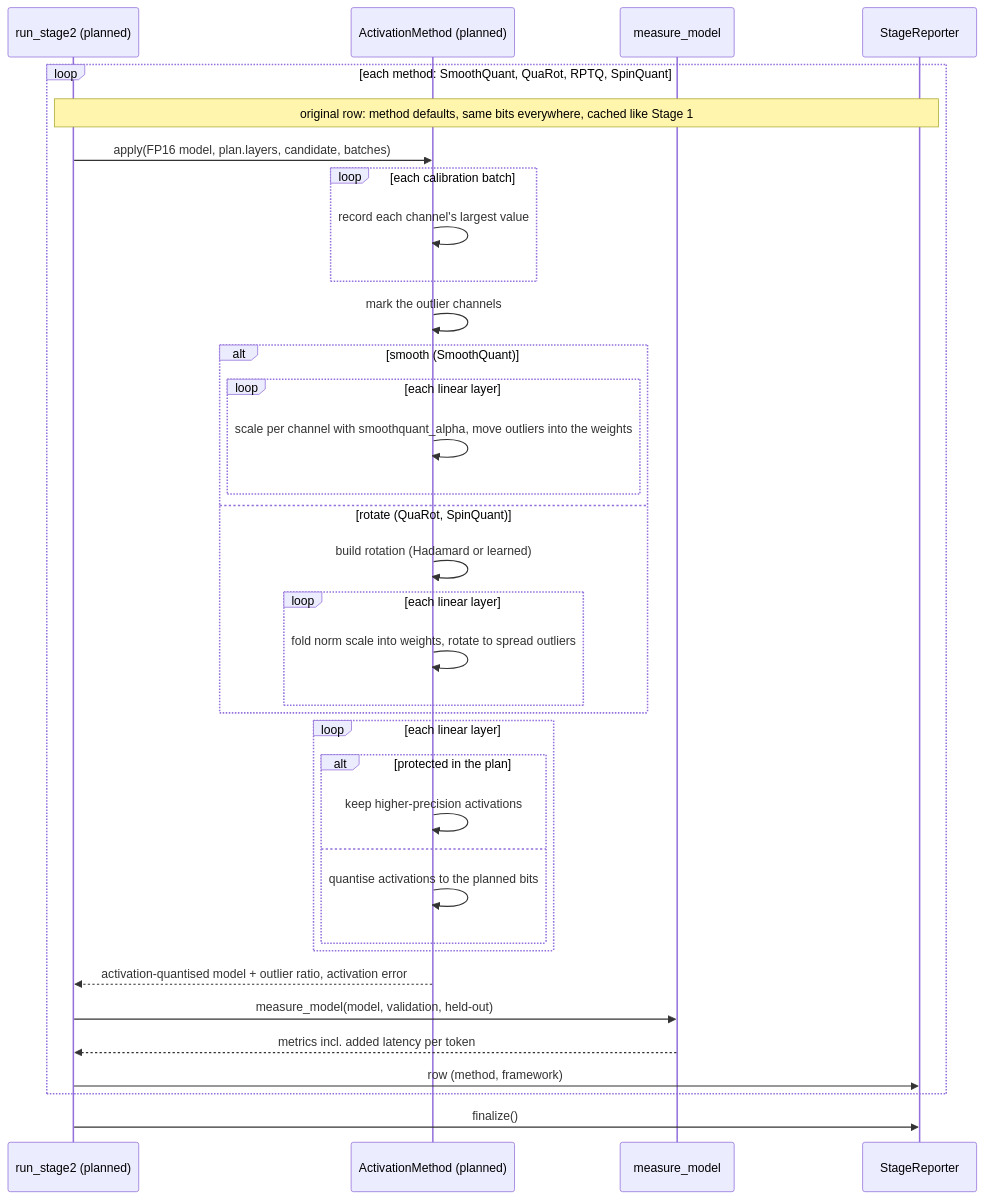
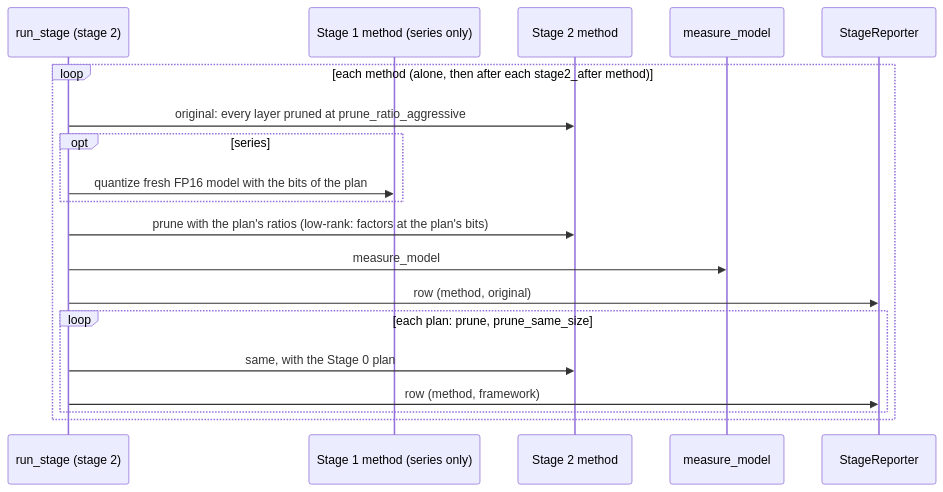
One commit to hamuutpls/sensitivity-driven-framework changed the second of 2 diagrams in docs/diagrams/stage2.md. Above: the diagram before and after it, drawn with Mermaid. The commit also changed other lines of this file and 22 other files, not shown here.

First line of the commit message:
Stage 1 is quantization only, Stage 2 is pruning only

````diff
--- a/docs/diagrams/stage2.md
+++ b/docs/diagrams/stage2.md
@@ -88,38 +65,22 @@
 ```mermaid
 sequenceDiagram
-    participant R as run_stage2 (planned)
-    participant A as ActivationMethod (planned)
+    participant R as run_stage (stage 2)
+    participant Q as Stage 1 method (series only)
+    participant P as Stage 2 method
     participant E as measure_model
     participant Rep as StageReporter
 
-    loop each method: SmoothQuant, QuaRot, RPTQ, SpinQuant
-        Note over R,Rep: original row: method defaults, same bits everywhere, cached like Stage 1
-        R->>A: apply(FP16 model, plan.layers, candidate, batches)
-        loop each calibration batch
-            A->>A: record each channel's largest value
+    loop each method (alone, then after each stage2_after method)
+        R->>P: original: every layer pruned at prune_ratio_aggressive
+        opt series
+            R->>Q: quantize fresh FP16 model with the bits of the plan
         end
-        A->>A: mark the outlier channels
-        alt smooth (SmoothQuant)
-            loop each linear layer
-                A->>A: scale per channel with smoothquant_alpha, move outliers into the weights
-            end
-        else rotate (QuaRot, SpinQuant)
-            A->>A: build rotation (Hadamard or learned)
-            loop each linear layer
-                A->>A: fold norm scale into weights, rotate to spread outliers
-            end
+        R->>P: prune with the plan's ratios (low-rank: factors at the plan's bits)
+        R->>E: measure_model
+        R->>Rep: row (method, original)
+        loop each plan: prune, prune_same_size
+            R->>P: same, with the Stage 0 plan
+            R->>Rep: row (method, framework)
         end
-        loop each linear layer
-            alt protected in the plan
-                A->>A: keep higher-precision activations
-            else
-                A->>A: quantise activations to the planned bits
-            end
-        end
-        A-->>R: activation-quantised model + outlier ratio, activation error
-        R->>E: measure_model(model, validation, held-out)
-        E-->>R: metrics incl. added latency per token
-        R->>Rep: row (method, framework)
     end
-    R->>Rep: finalize()
 ```
````
